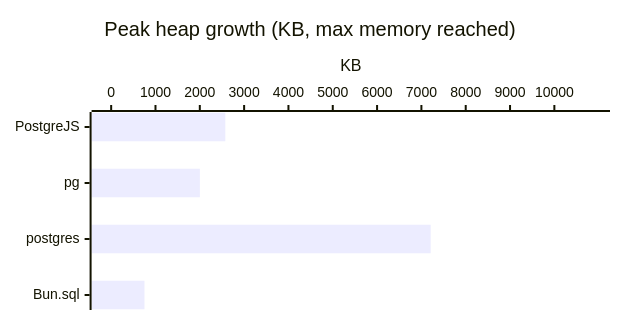
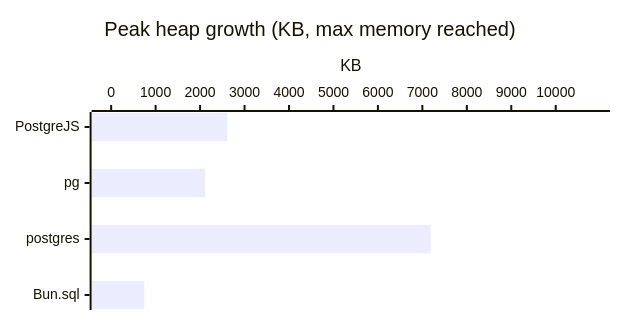
One commit to panates/postgrejs-doc changed the third of 56 diagrams in docs/getting-started/benchmarks-bun.md. Above: the diagram before and after it, drawn with Mermaid. The commit also changed other lines of this file and 13 other files, not shown here.

````diff
--- a/docs/getting-started/benchmarks-bun.md
+++ b/docs/getting-started/benchmarks-bun.md
@@ -122,8 +129,8 @@
 ```mermaid
 %%{init: {'xyChart': {'width': 600, 'height': 300, 'chartOrientation': 'horizontal'}}}%%
 xychart-beta
     title "Peak heap growth (KB, max memory reached)"
     x-axis ["PostgreJS", "pg", "postgres", "Bun.sql"]
-    y-axis "KB" 0.0000 --> 10813.8882
-    bar [2576.1143, 2001.2666, 7209.2588, 751.8633]
+    y-axis "KB" 0.0000 --> 10780.2202
+    bar [2610.9473, 2113.9053, 7186.8135, 745.7012]
 ```
````
